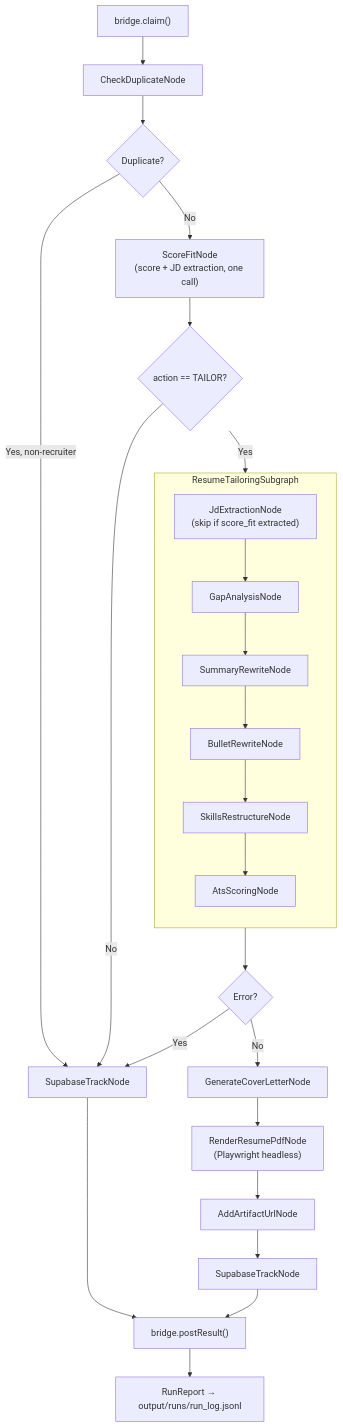
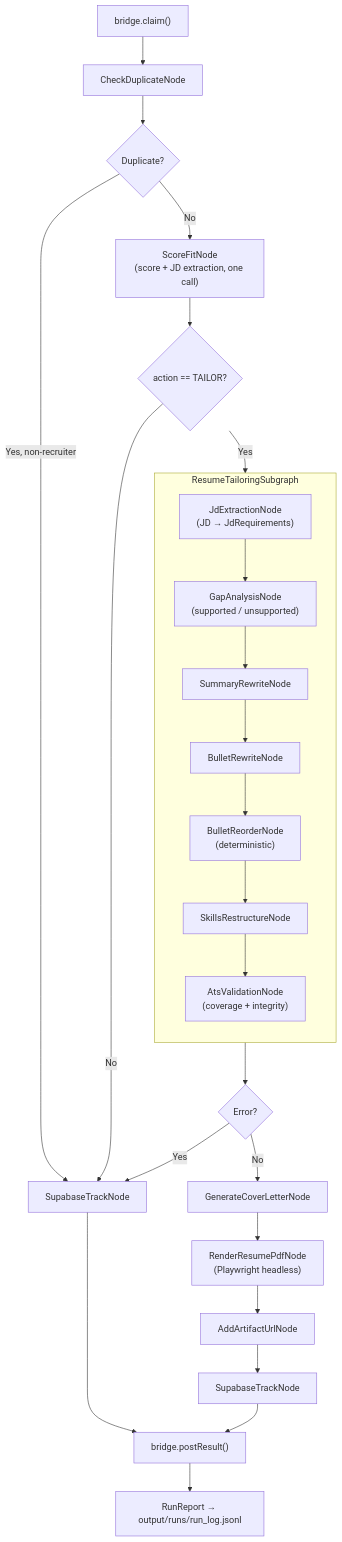
One commit to dkkyai/job-fit-apply-ai changed the second of 2 diagrams in services/job-fit-apply-ai-pipeline/README.md. Above: the diagram before and after it, drawn with Mermaid. The commit also changed other lines of this file and 45 other files, not shown here.

````diff
--- a/services/job-fit-apply-ai-pipeline/README.md
+++ b/services/job-fit-apply-ai-pipeline/README.md
@@ -70,30 +70,31 @@
 ```mermaid
 flowchart TD
     Claim["bridge.claim()"] --> Dup["CheckDuplicateNode"]
     Dup --> DupQ{"Duplicate?"}
     DupQ -->|Yes, non-recruiter| Track1["SupabaseTrackNode"]
     DupQ -->|No| Score["ScoreFitNode\n(score + JD extraction, one call)"]
 
     Score --> ActionQ{"action == TAILOR?"}
     ActionQ -->|No| Track1
     ActionQ -->|Yes| Tailor
 
     subgraph Tailor ["ResumeTailoringSubgraph"]
         direction TB
-        T1["JdExtractionNode\n(skip if score_fit extracted)"] --> T2["GapAnalysisNode"]
+        T1["JdExtractionNode\n(JD → JdRequirements)"] --> T2["GapAnalysisNode\n(supported / unsupported)"]
         T2 --> T3["SummaryRewriteNode"]
         T3 --> T4["BulletRewriteNode"]
-        T4 --> T5["SkillsRestructureNode"]
-        T5 --> T6["AtsScoringNode"]
+        T4 --> T5["BulletReorderNode\n(deterministic)"]
+        T5 --> T6["SkillsRestructureNode"]
+        T6 --> T7["AtsValidationNode\n(coverage + integrity)"]
     end
 
     Tailor --> TailorErrQ{"Error?"}
     TailorErrQ -->|Yes| Track1
     TailorErrQ -->|No| Cover["GenerateCoverLetterNode"]
     Cover --> Pdf["RenderResumePdfNode\n(Playwright headless)"]
     Pdf --> Artifact["AddArtifactUrlNode"]
     Artifact --> Track2["SupabaseTrackNode"]
     Track1 --> Post["bridge.postResult()"]
     Track2 --> Post
     Post --> Rec["RunReport → output/runs/run_log.jsonl"]
 ```
````
